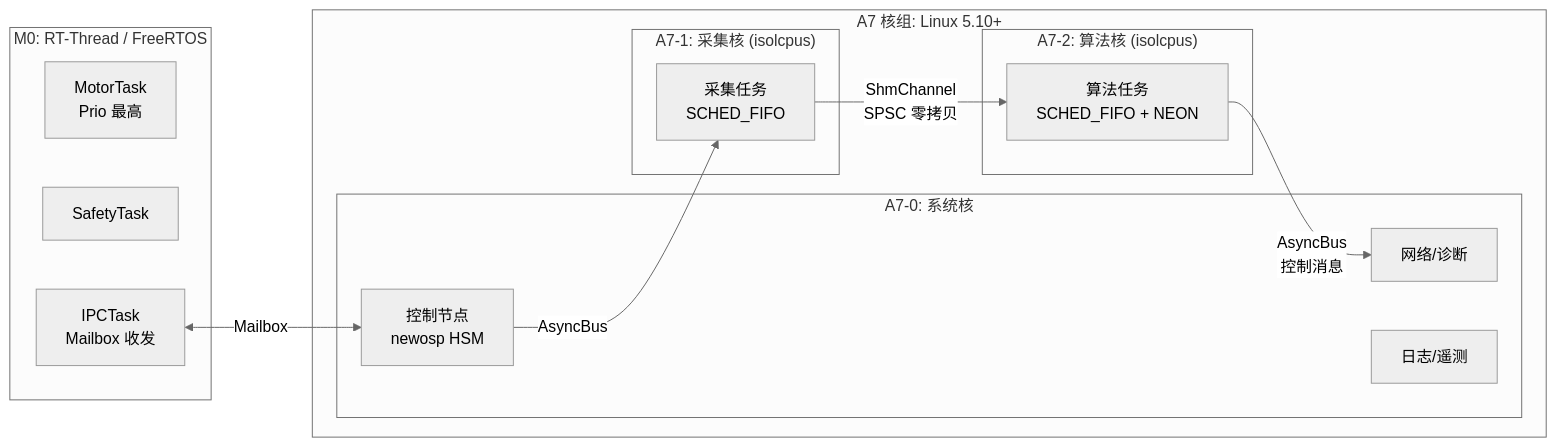
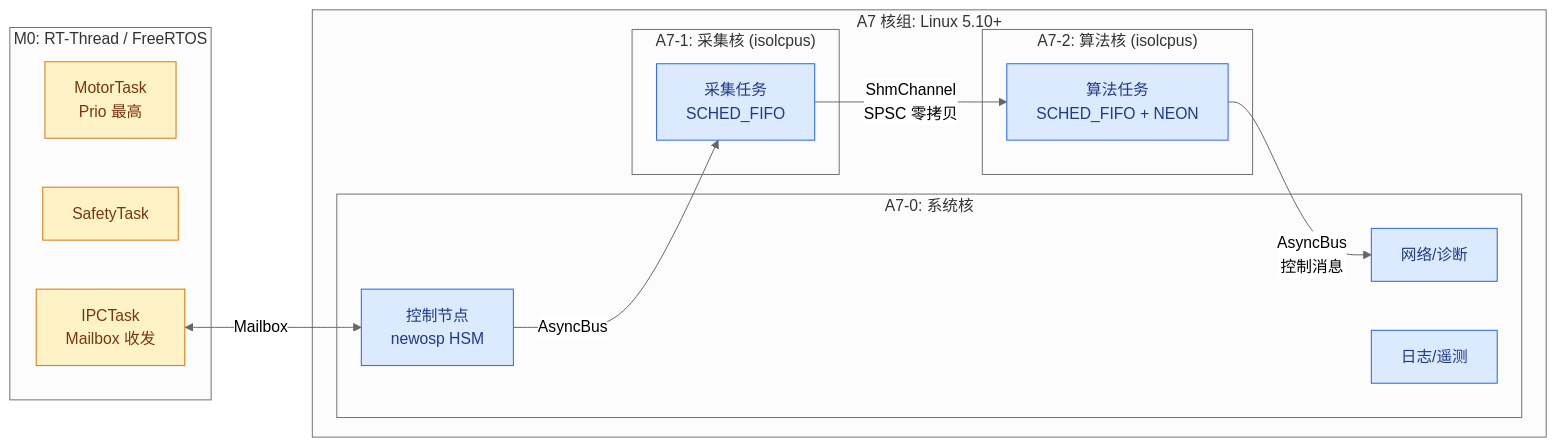
One commit to DeguiLiu/tech-notes changed the second of 4 diagrams in content/posts/architecture/rtos_vs_linux_heterogeneous_soc.md. Above: the diagram before and after it, drawn with Mermaid (neutral theme). The commit also changed other lines of this file and 16 other files, not shown here.

First line of the commit message:
story-docs(blog): de-AI architecture and pattern posts, add project links

````diff
--- a/content/posts/architecture/rtos_vs_linux_heterogeneous_soc.md
+++ b/content/posts/architecture/rtos_vs_linux_heterogeneous_soc.md
@@ -92,27 +99,31 @@
 ```mermaid
 flowchart LR
     subgraph M0_RTOS["M0: RT-Thread / FreeRTOS"]
         M_MOTOR["MotorTask\nPrio 最高"]
         M_SAFE["SafetyTask"]
         M_IPC["IPCTask\nMailbox 收发"]
     end
 
     subgraph A7_LINUX["A7 核组: Linux 5.10+"]
         subgraph CORE0["A7-0: 系统核"]
             NET["网络/诊断"]
             LOG["日志/遥测"]
             CTRL["控制节点\nnewosp HSM"]
         end
         subgraph CORE1["A7-1: 采集核 (isolcpus)"]
             ACQ["采集任务\nSCHED_FIFO"]
         end
         subgraph CORE2["A7-2: 算法核 (isolcpus)"]
             ALGO["算法任务\nSCHED_FIFO + NEON"]
         end
     end
 
     M_IPC <-->|"Mailbox"| CTRL
     ACQ -->|"ShmChannel\nSPSC 零拷贝"| ALGO
     ALGO -->|"AsyncBus\n控制消息"| NET
     CTRL -->|"AsyncBus"| ACQ
+    classDef mcore fill:#fef3c7,stroke:#d97706,color:#78350f
+    classDef acore fill:#dbeafe,stroke:#2563eb,color:#1e3a8a
+    class M_MOTOR,M_SAFE,M_IPC mcore
+    class NET,LOG,CTRL,ACQ,ALGO acore
 ```
````
